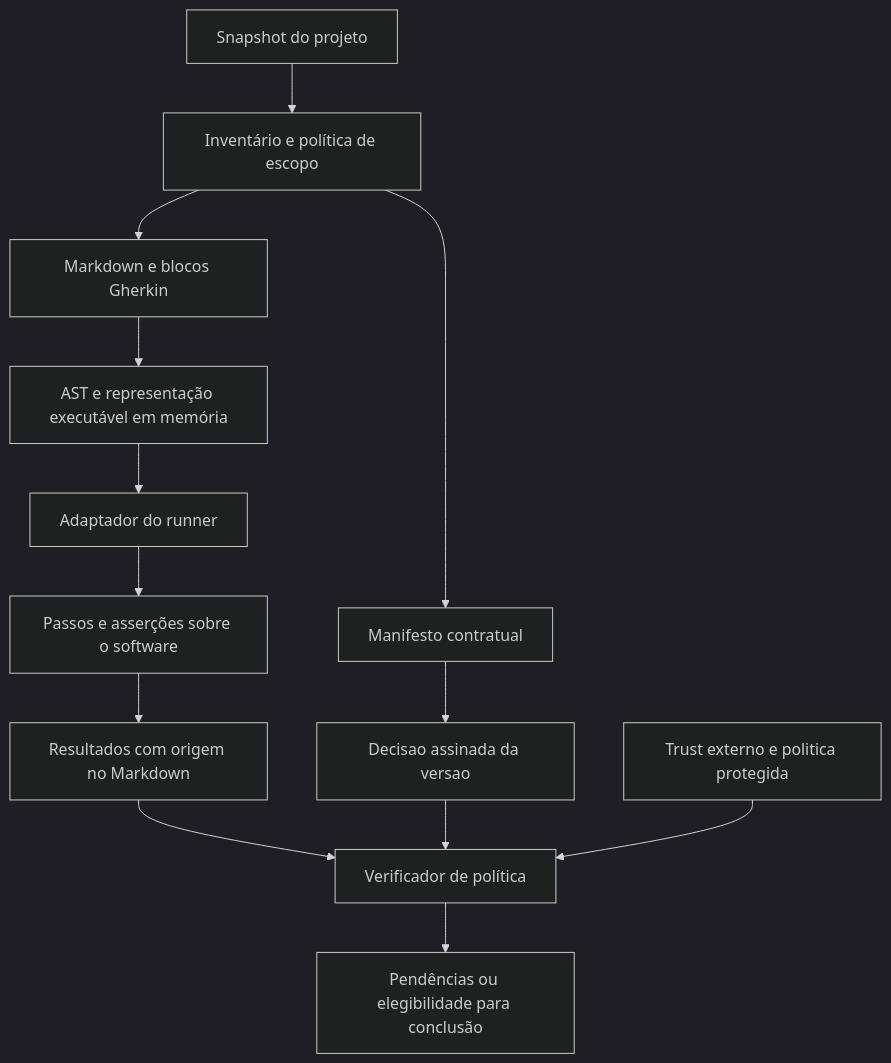
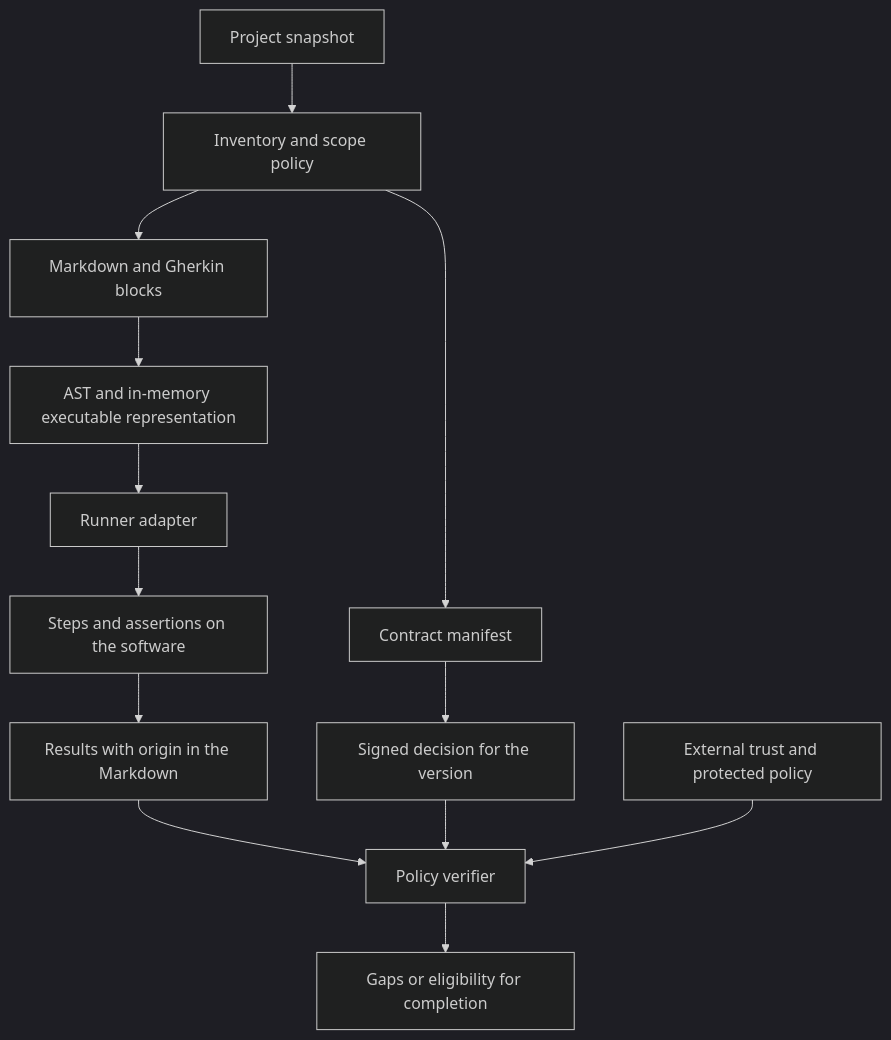
One commit to LucasGois1/specmd changed the diagram in docs/architecture.md. Above: the diagram before and after it, drawn with Mermaid (dark theme). The commit also changed other lines of this file and 36 other files, not shown here.

````diff
--- a/docs/architecture.md
+++ b/docs/architecture.md
@@ -40,15 +40,15 @@
 ```mermaid
 flowchart TD
-    A[Snapshot do projeto] --> B[Inventário e política de escopo]
-    B --> C[Markdown e blocos Gherkin]
-    C --> D[AST e representação executável em memória]
-    D --> E[Adaptador do runner]
-    E --> F[Passos e asserções sobre o software]
-    F --> G[Resultados com origem no Markdown]
-    B --> H[Manifesto contratual]
-    H --> I[Decisao assinada da versao]
-    G --> J[Verificador de política]
+    A[Project snapshot] --> B[Inventory and scope policy]
+    B --> C[Markdown and Gherkin blocks]
+    C --> D[AST and in-memory executable representation]
+    D --> E[Runner adapter]
+    E --> F[Steps and assertions on the software]
+    F --> G[Results with origin in the Markdown]
+    B --> H[Contract manifest]
+    H --> I[Signed decision for the version]
+    G --> J[Policy verifier]
     I --> J
-    L[Trust externo e politica protegida] --> J
-    J --> K[Pendências ou elegibilidade para conclusão]
+    L[External trust and protected policy] --> J
+    J --> K[Gaps or eligibility for completion]
 ```
````
